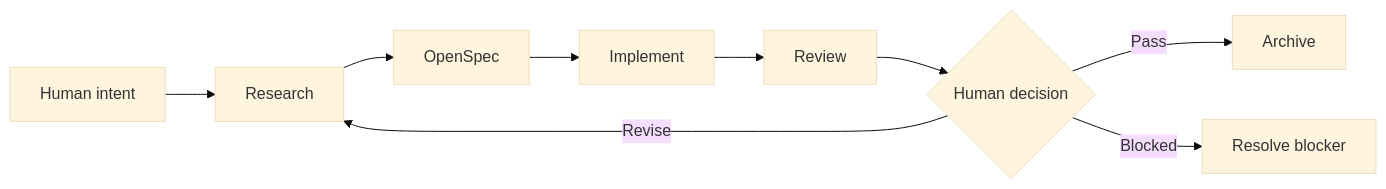
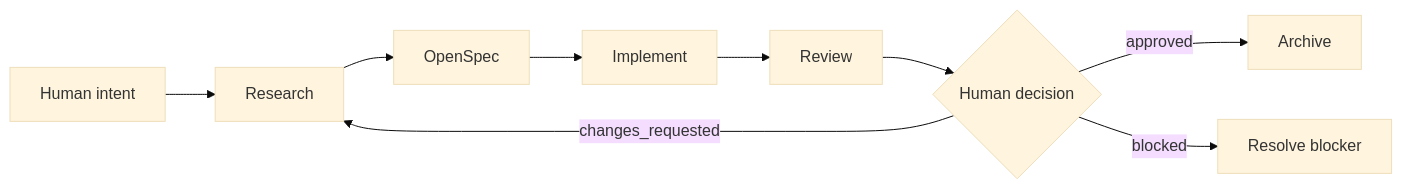
One commit to mols3131d/hmda-data-reliability changed the diagram in .agents/skills/pivot-openspec-rpi/references/vision.md. Above: the diagram before and after it, drawn with Mermaid (base theme). The commit also changed other lines of this file and 14 other files, not shown here.

````diff
--- a/.agents/skills/pivot-openspec-rpi/references/vision.md
+++ b/.agents/skills/pivot-openspec-rpi/references/vision.md
@@ -20,14 +20,14 @@
 ```mermaid
 flowchart LR
     H[Human intent]
     R[Research]
     O[OpenSpec]
     I[Implement]
     V[Review]
     D{Human decision}
 
     H --> R --> O --> I --> V --> D
-    D -- Revise --> R
-    D -- Pass --> A[Archive]
-    D -- Blocked --> B[Resolve blocker]
+    D -- changes_requested --> R
+    D -- approved --> A[Archive]
+    D -- blocked --> B[Resolve blocker]
 ```
````
